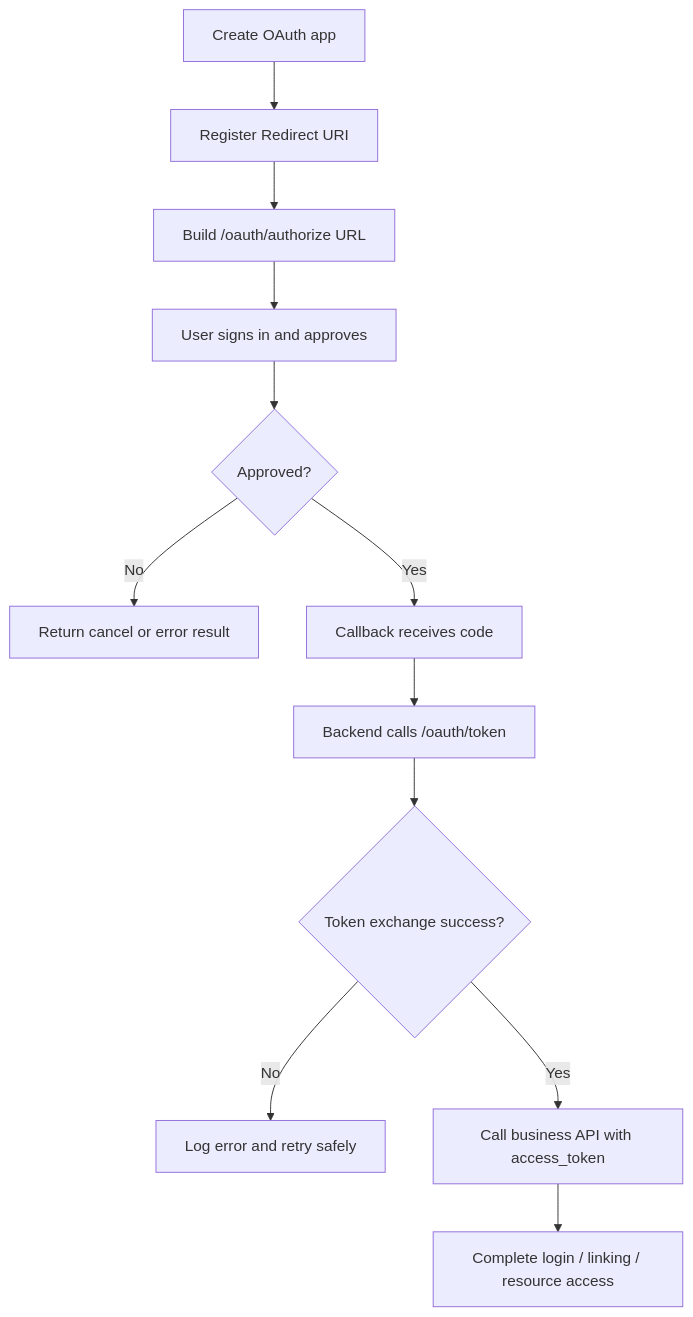
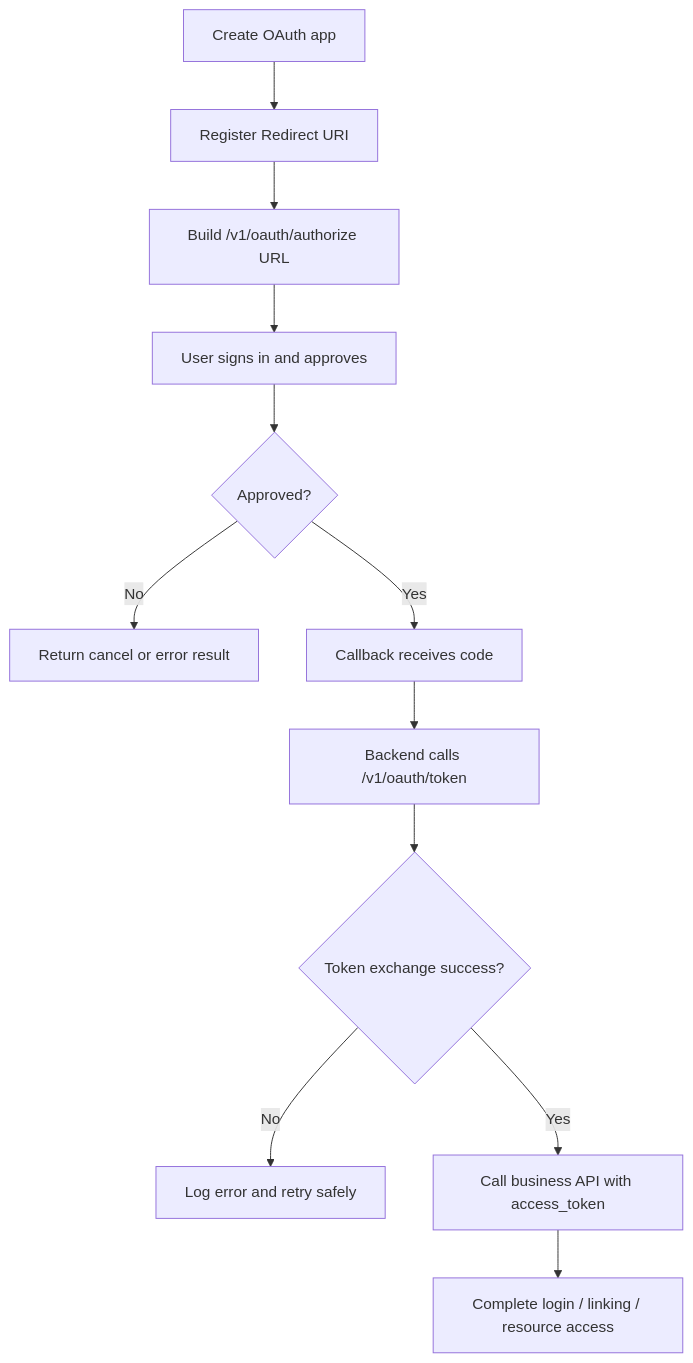
Before and after one commit to quyansiyuanwang/Quyan-AppServer: the second of 2 diagrams in apps/docs-site/src/content/en/oauth-demo.md, drawn with Mermaid. The commit also changed other lines of this file and 13 other files, not shown here.

````diff
--- a/apps/docs-site/src/content/en/oauth-demo.md
+++ b/apps/docs-site/src/content/en/oauth-demo.md
@@ -49,14 +49,14 @@
 ```mermaid
 flowchart TD
     A[Create OAuth app] --> B[Register Redirect URI]
-    B --> C[Build /oauth/authorize URL]
+    B --> C[Build /v1/oauth/authorize URL]
     C --> D[User signs in and approves]
     D --> E{Approved?}
     E -- No --> F[Return cancel or error result]
     E -- Yes --> G[Callback receives code]
-    G --> H[Backend calls /oauth/token]
+    G --> H[Backend calls /v1/oauth/token]
     H --> I{Token exchange success?}
     I -- No --> J[Log error and retry safely]
     I -- Yes --> K[Call business API with access_token]
     K --> L[Complete login / linking / resource access]
 ```
````
